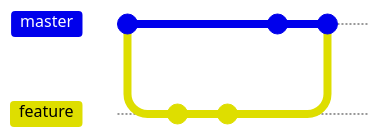
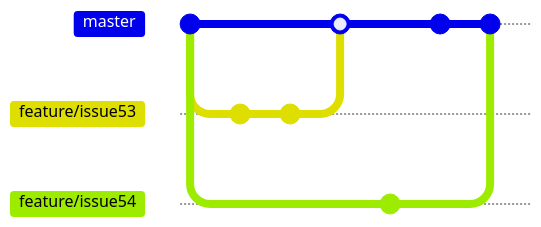
The diagram in assets/mermaid/git/merge-2.mmd (PonomaryovVladyslav/PythonCourses), drawn with Mermaid before and after one commit. The commit also changed 2 other files, not shown here. Commit ids are hidden.

```diff
--- a/assets/mermaid/git/merge-2.mmd
+++ b/assets/mermaid/git/merge-2.mmd
@@ -1,9 +1,15 @@
 %%{init: {'gitGraph': {'mainBranchName': 'master'}} }%%
 gitGraph
     commit id: "Initial commit"
-    branch feature
+    branch feature/issue53
+    branch feature/issue54
+    checkout feature/issue53
     commit
     commit
     checkout master
+    merge feature/issue53
+    checkout feature/issue54
     commit
-    merge feature id: "Merge commit" type:NORMAL
+    checkout master
+    commit
+    merge feature/issue54 type:NORMAL id: "merge commit"
```
